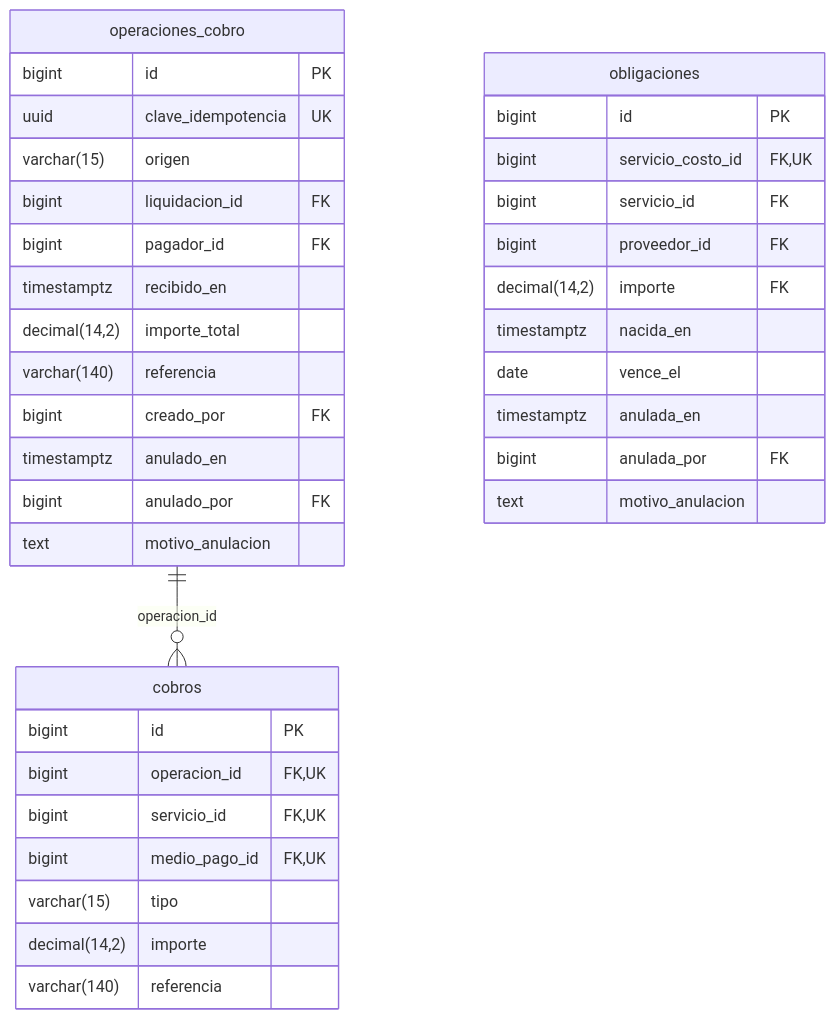
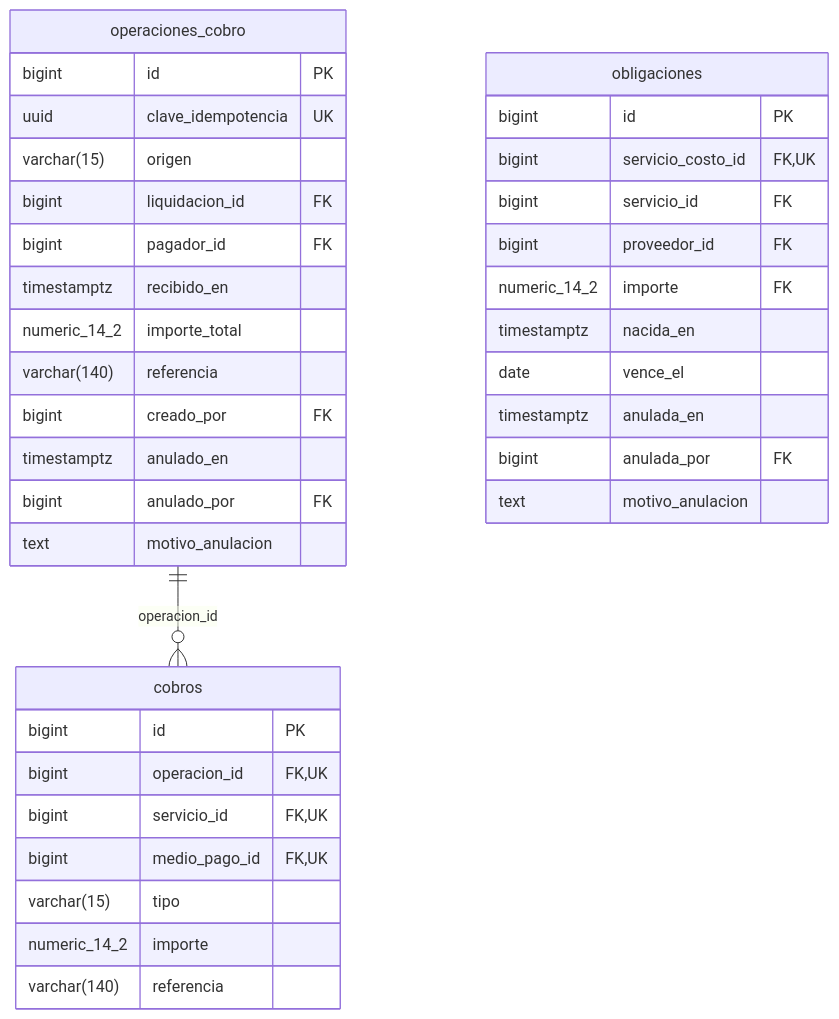
One commit to Falliot00/TRABAJO-FINAL-INTEGRADOR changed the tenth of 11 diagrams in database/DIAGRAMA_ER.md. Above: the diagram before and after it, drawn with Mermaid. The commit also changed other lines of this file and 5 other files, not shown here.

Commit message:
docs: corregir diagramas y verificar el diseño de segunda entrega

````diff
--- a/database/DIAGRAMA_ER.md
+++ b/database/DIAGRAMA_ER.md
@@ -558,40 +558,40 @@
 ```mermaid
 erDiagram
     direction TB
     operaciones_cobro {
         bigint id PK
         uuid clave_idempotencia UK
         varchar(15) origen
         bigint liquidacion_id FK
         bigint pagador_id FK
         timestamptz recibido_en
-        decimal(14,2) importe_total
+        numeric_14_2 importe_total
         varchar(140) referencia
         bigint creado_por FK
         timestamptz anulado_en
         bigint anulado_por FK
         text motivo_anulacion
     }
     cobros {
         bigint id PK
         bigint operacion_id FK, UK
         bigint servicio_id FK, UK
         bigint medio_pago_id FK, UK
         varchar(15) tipo
-        decimal(14,2) importe
+        numeric_14_2 importe
         varchar(140) referencia
     }
     obligaciones {
         bigint id PK
         bigint servicio_costo_id FK, UK
         bigint servicio_id FK
         bigint proveedor_id FK
-        decimal(14,2) importe FK
+        numeric_14_2 importe FK
         timestamptz nacida_en
         date vence_el
         timestamptz anulada_en
         bigint anulada_por FK
         text motivo_anulacion
     }
     operaciones_cobro ||--o{ cobros : "operacion_id"
 ```
````
